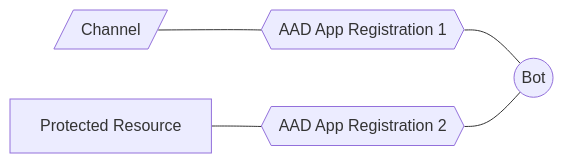
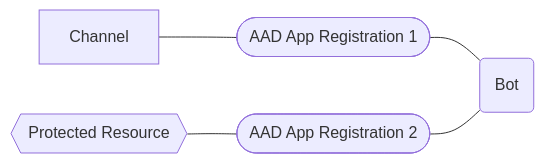
One commit to Zerryth/Mermaid changed the diagram in MarkdownFiles/Authentication/HigherLevelAddAuthToYourBotViaABS.md. Above: the diagram before and after it, drawn with Mermaid. The commit also changed 42 other files, not shown here.

````diff
--- a/MarkdownFiles/Authentication/HigherLevelAddAuthToYourBotViaABS.md
+++ b/MarkdownFiles/Authentication/HigherLevelAddAuthToYourBotViaABS.md
@@ -1,8 +1,8 @@
 ```mermaid
     graph LR
-        Channel[/Channel/] --- AAD1{{AAD App Registration 1}}
-        AAD1  --- Bot((Bot))
+        Channel --- AAD1([AAD App Registration 1])
+        AAD1  --- Bot(Bot)
         
-        ProtectedResource[Protected Resource] --- AAD2{{AAD App Registration 2}}
+        ProtectedResource{{Protected Resource}} --- AAD2([AAD App Registration 2])
         AAD2  --- Bot
 ```
````
